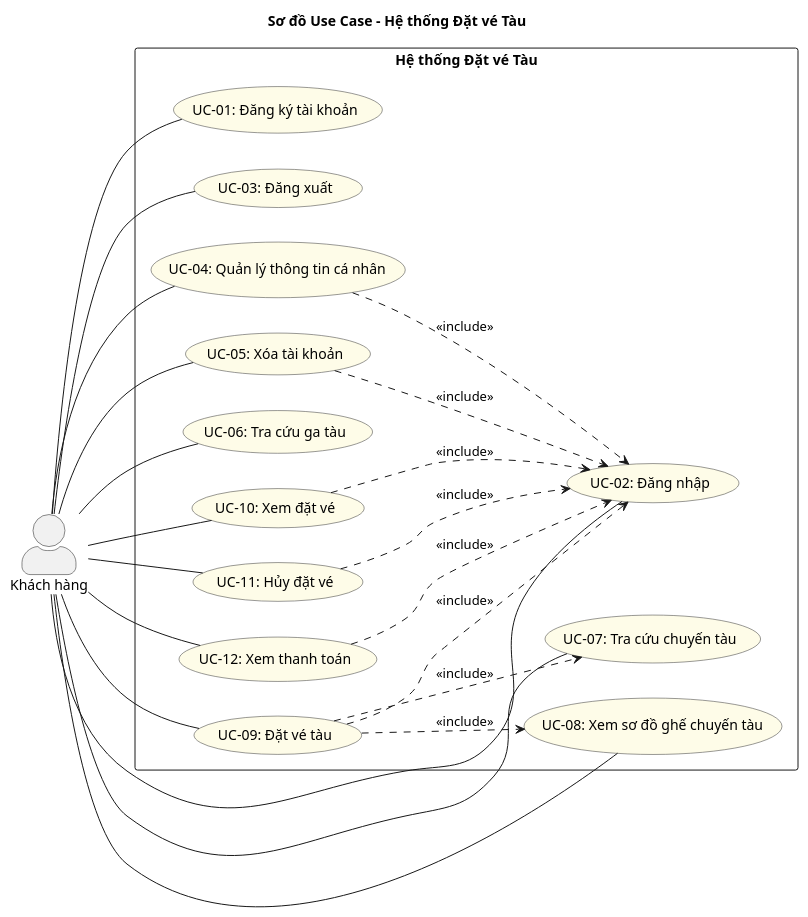
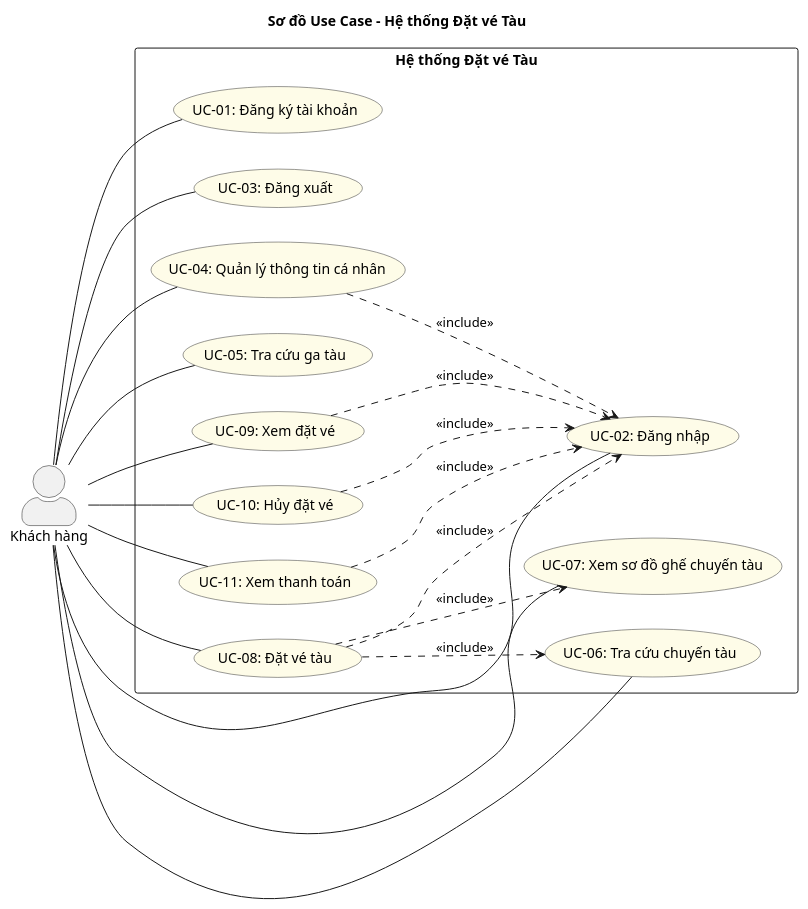
Before and after one commit to Phunguy65/train-ticket-booking-system-plus: the first of 2 diagrams in docs/usecases/usecases.md, drawn with PlantUML. The commit also changed 14 other files, not shown here.

````diff
--- a/docs/usecases/usecases.md
+++ b/docs/usecases/usecases.md
@@ -3,61 +3,58 @@
 ```plantuml
 @startuml usecase-diagram
 title Sơ đồ Use Case - Hệ thống Đặt vé Tàu
 
 left to right direction
 skinparam packageStyle rectangle
 skinparam actorStyle awesome
 skinparam usecase {
   BackgroundColor #FEFCE8
   BorderColor #333333
 }
 
 actor "Khách hàng" as Customer
 
 rectangle "Hệ thống Đặt vé Tàu" {
   ' ── Quản lý tài khoản ──
   usecase "UC-01: Đăng ký tài khoản" as UC01
   usecase "UC-02: Đăng nhập" as UC02
   usecase "UC-03: Đăng xuất" as UC03
   usecase "UC-04: Quản lý thông tin cá nhân" as UC04
-  usecase "UC-05: Xóa tài khoản" as UC05
 
   ' ── Tra cứu ──
-  usecase "UC-06: Tra cứu ga tàu" as UC06
-  usecase "UC-07: Tra cứu chuyến tàu" as UC07
-  usecase "UC-08: Xem sơ đồ ghế chuyến tàu" as UC08
+  usecase "UC-05: Tra cứu ga tàu" as UC05
+  usecase "UC-06: Tra cứu chuyến tàu" as UC06
+  usecase "UC-07: Xem sơ đồ ghế chuyến tàu" as UC07
 
   ' ── Đặt vé & Thanh toán ──
-  usecase "UC-09: Đặt vé tàu" as UC09
-  usecase "UC-10: Xem đặt vé" as UC10
-  usecase "UC-11: Hủy đặt vé" as UC11
-  usecase "UC-12: Xem thanh toán" as UC12
+  usecase "UC-08: Đặt vé tàu" as UC08
+  usecase "UC-09: Xem đặt vé" as UC09
+  usecase "UC-10: Hủy đặt vé" as UC10
+  usecase "UC-11: Xem thanh toán" as UC11
 
   ' ── Relationships ──
-  UC09 ..> UC02 : <<include>>
-  UC09 ..> UC07 : <<include>>
-  UC09 ..> UC08 : <<include>>
+  UC08 ..> UC02 : <<include>>
+  UC08 ..> UC06 : <<include>>
+  UC08 ..> UC07 : <<include>>
 
   UC04 ..> UC02 : <<include>>
-  UC05 ..> UC02 : <<include>>
+  UC09 ..> UC02 : <<include>>
   UC10 ..> UC02 : <<include>>
   UC11 ..> UC02 : <<include>>
-  UC12 ..> UC02 : <<include>>
 }
 
 ' ── Actor associations ──
 Customer -- UC01
 Customer -- UC02
 Customer -- UC03
 Customer -- UC04
 Customer -- UC05
 Customer -- UC06
 Customer -- UC07
 Customer -- UC08
 Customer -- UC09
 Customer -- UC10
 Customer -- UC11
-Customer -- UC12
 
 @enduml
 ```
````
